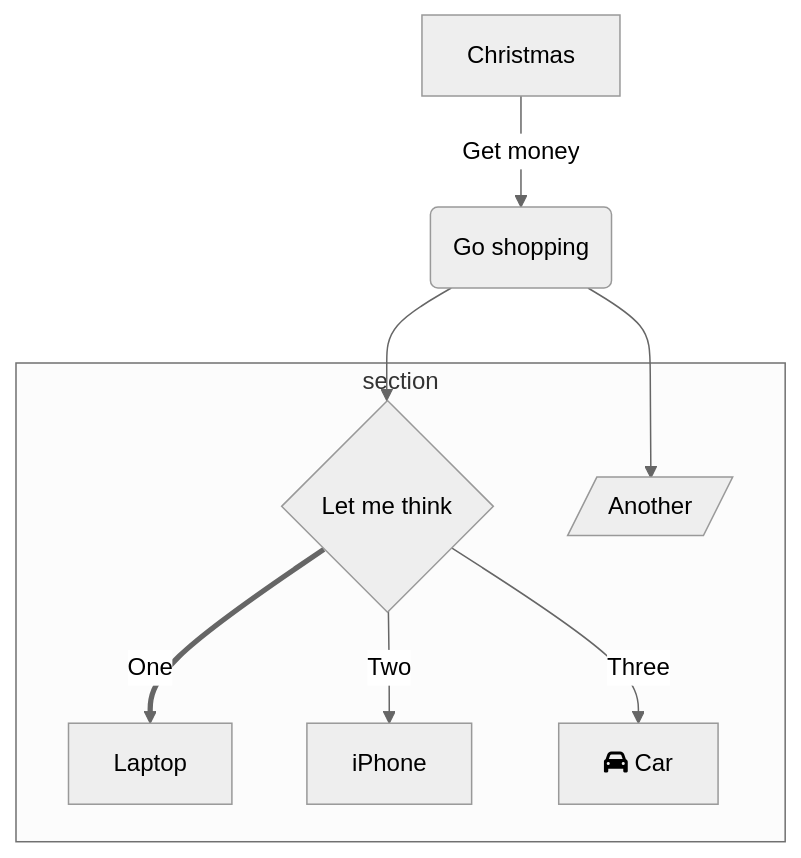
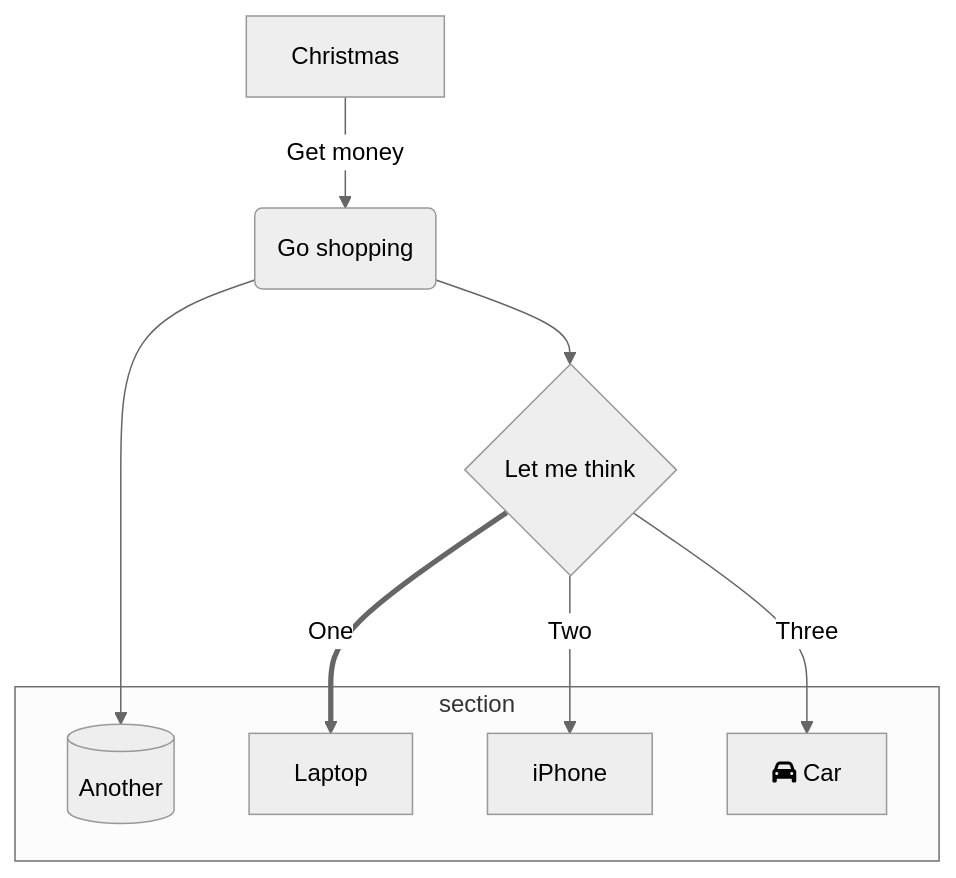
One commit to taontech/www changed the third of 5 diagrams in taon.top/content/post/even-theme-show.md. Above: the diagram before and after it, drawn with Mermaid. The commit also changed other lines of this file and 4 other files, not shown here.

Commit message:
custem theme of mermaid

````diff
--- a/taon.top/content/post/even-theme-show.md
+++ b/taon.top/content/post/even-theme-show.md
@@ -31,17 +55,16 @@
-``` mermaid
+```mermaid
 %%{init: {'theme': 'neutral' } }%%
         graph TD
           A[Christmas] -->|Get money| B(Go shopping)
           B --> C{Let me think}
-          B --> G[/Another/]
+          B --> G[(Another)]
           C ==>|One| D[Laptop]
           C -->|Two| E[iPhone]
           C -->|Three| F[fa:fa-car Car]
           subgraph section
-            C
             D
             E
             F
             G
           end
 ```
````
